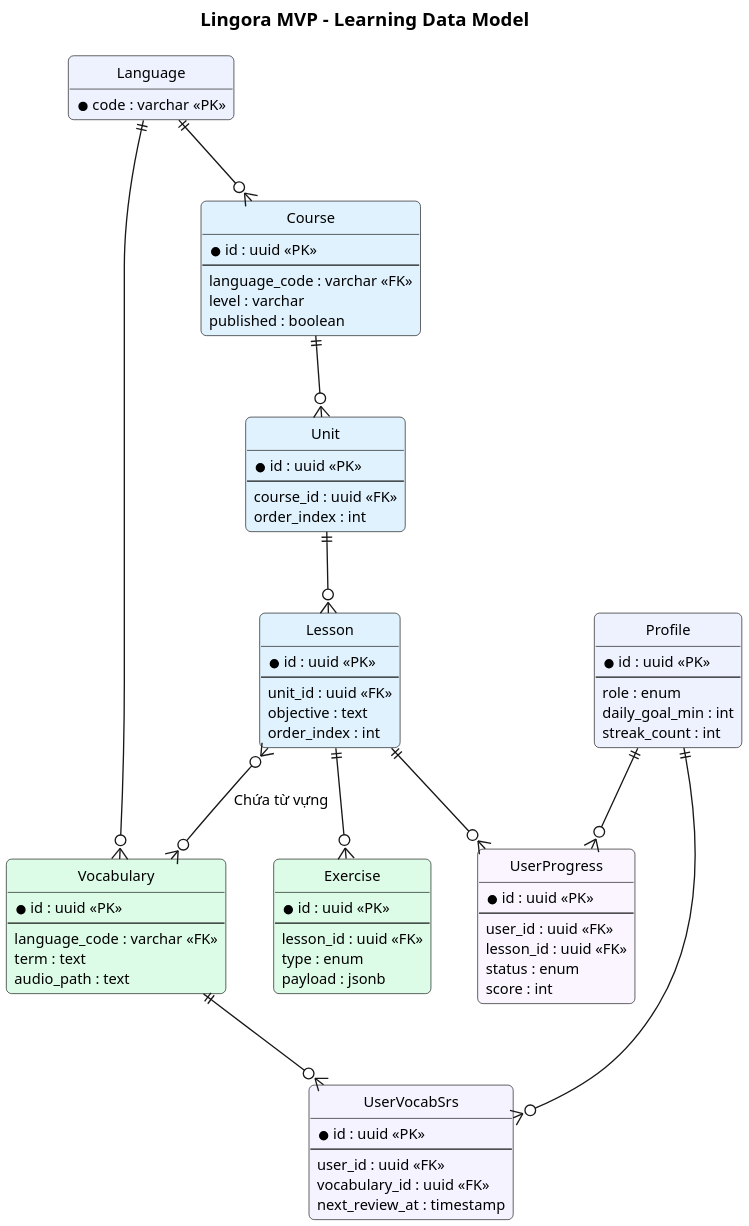
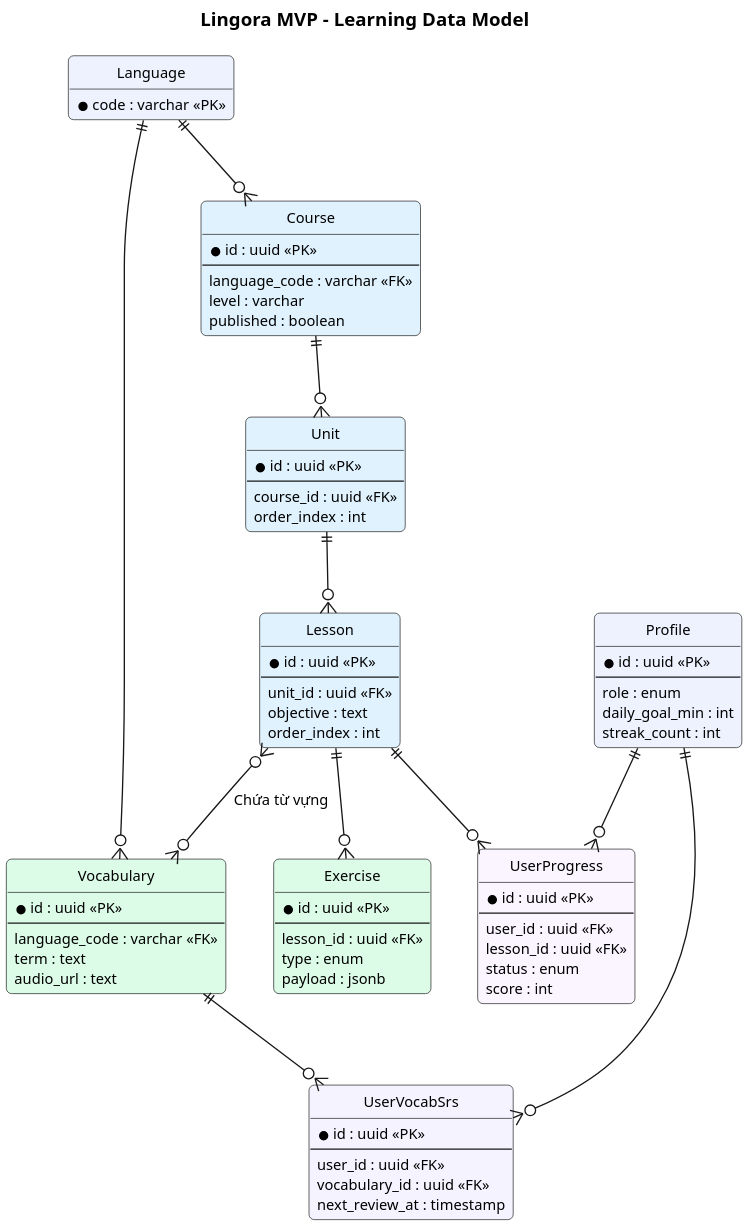
The diagram in docs/plantuml/erd-mvp-learning.puml (PhamNguyenThanhTung/lingora-workspace), drawn with PlantUML before and after one commit. The commit also changed 232 other files, not shown here.

```diff
--- a/docs/plantuml/erd-mvp-learning.puml
+++ b/docs/plantuml/erd-mvp-learning.puml
@@ -1,90 +1,90 @@
 @startuml
 title Lingora MVP - Learning Data Model
 skinparam dpi 200
 skinparam defaultFontName Segoe UI
 skinparam defaultFontSize 11
 skinparam shadowing false
 skinparam roundCorner 8
 hide methods
 hide stereotypes
 hide circle
 
 entity Language #EEF2FF {
   * code : varchar <<PK>>
 }
 
 entity Profile #EEF2FF {
   * id : uuid <<PK>>
   --
   role : enum
   daily_goal_min : int
   streak_count : int
 }
 
 entity Course #E0F2FE {
   * id : uuid <<PK>>
   --
   language_code : varchar <<FK>>
   level : varchar
   published : boolean
 }
 
 entity Unit #E0F2FE {
   * id : uuid <<PK>>
   --
   course_id : uuid <<FK>>
   order_index : int
 }
 
 entity Lesson #E0F2FE {
   * id : uuid <<PK>>
   --
   unit_id : uuid <<FK>>
   objective : text
   order_index : int
 }
 
 entity Exercise #DCFCE7 {
   * id : uuid <<PK>>
   --
   lesson_id : uuid <<FK>>
   type : enum
   payload : jsonb
 }
 
 entity Vocabulary #DCFCE7 {
   * id : uuid <<PK>>
   --
   language_code : varchar <<FK>>
   term : text
-  audio_path : text
+  audio_url : text
 }
 
 entity UserProgress #FAF5FF {
   * id : uuid <<PK>>
   --
   user_id : uuid <<FK>>
   lesson_id : uuid <<FK>>
   status : enum
   score : int
 }
 
 entity UserVocabSrs #F5F3FF {
   * id : uuid <<PK>>
   --
   user_id : uuid <<FK>>
   vocabulary_id : uuid <<FK>>
   next_review_at : timestamp
 }
 
 Language ||--o{ Course
 Language ||--o{ Vocabulary
 Course ||--o{ Unit
 Unit ||--o{ Lesson
 Lesson ||--o{ Exercise
 Lesson }o--o{ Vocabulary : Chứa từ vựng
 Profile ||--o{ UserProgress
 Lesson ||--o{ UserProgress
 Profile ||--o{ UserVocabSrs
 Vocabulary ||--o{ UserVocabSrs
 @enduml
```
